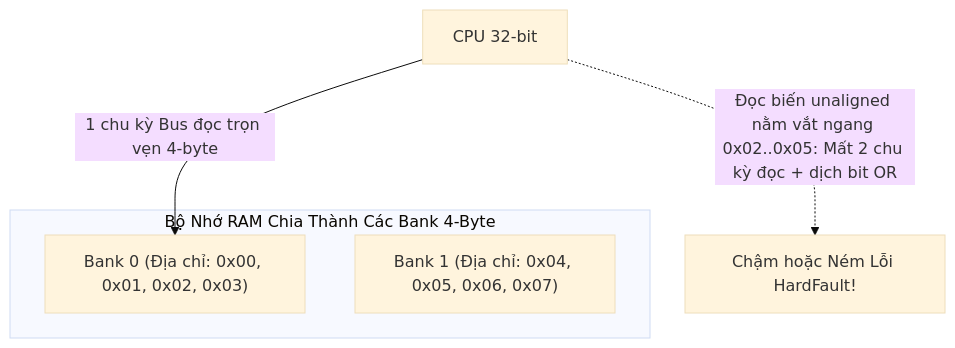
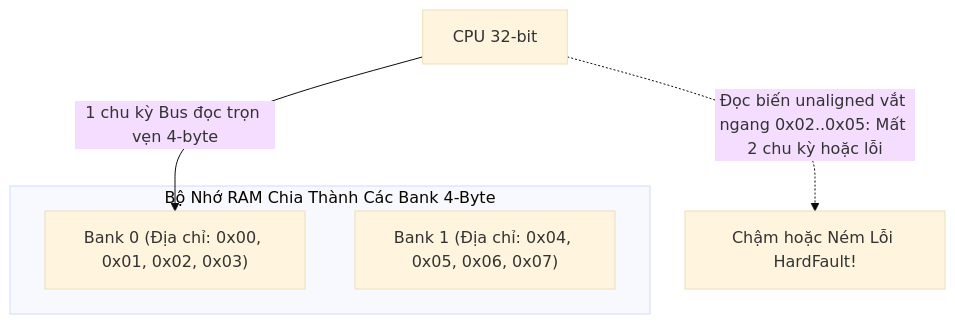
The first of 3 diagrams in C_Cpp_Mastery_Handbook/07_Struct_Padding_Alignment_and_Punning.md (thinh1210/Obsidian), drawn with Mermaid (base theme) before and after one commit. The commit also changed other lines of this file and 45 other files, not shown here.

````diff
--- a/C_Cpp_Mastery_Handbook/07_Struct_Padding_Alignment_and_Punning.md
+++ b/C_Cpp_Mastery_Handbook/07_Struct_Padding_Alignment_and_Punning.md
@@ -13,10 +13,10 @@
 ```mermaid
 graph TD
-    subgraph Memory_Bank ["Bộ Nhớ RAM Chia Thành Các Bank 4-Byte"]
+    subgraph Memory_Bank["Bộ Nhớ RAM Chia Thành Các Bank 4-Byte"]
         Word0["Bank 0 (Địa chỉ: 0x00, 0x01, 0x02, 0x03)"]
         Word1["Bank 1 (Địa chỉ: 0x04, 0x05, 0x06, 0x07)"]
     end
     
-    CPU[CPU 32-bit] -->|1 chu kỳ Bus đọc trọn vẹn 4-byte| Word0
-    CPU -.->|Đọc biến unaligned nằm vắt ngang 0x02..0x05: Mất 2 chu kỳ đọc + dịch bit OR| CPU_Trap[Chậm hoặc Ném Lỗi HardFault!]
+    CPU["CPU 32-bit"] -- "1 chu kỳ Bus đọc trọn vẹn 4-byte" --> Word0
+    CPU -. "Đọc biến unaligned vắt ngang 0x02..0x05: Mất 2 chu kỳ hoặc lỗi" .-> CPU_Trap["Chậm hoặc Ném Lỗi HardFault!"]
 ```
````
